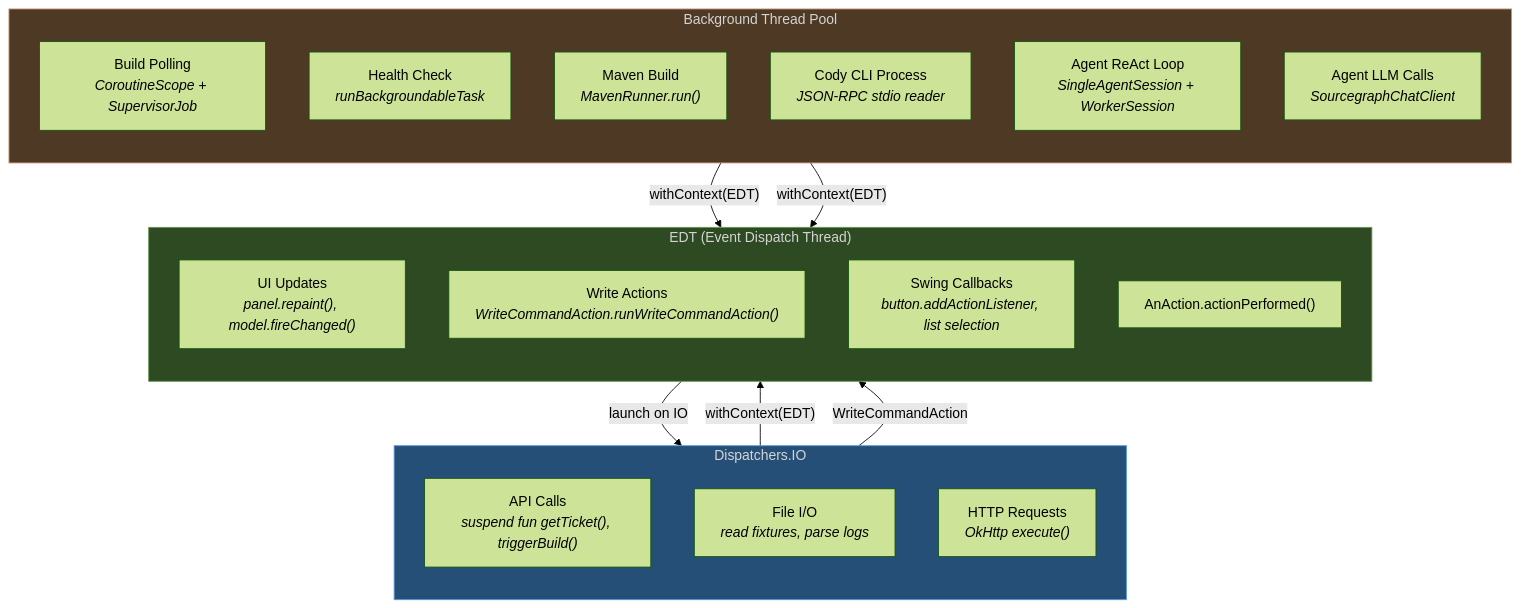
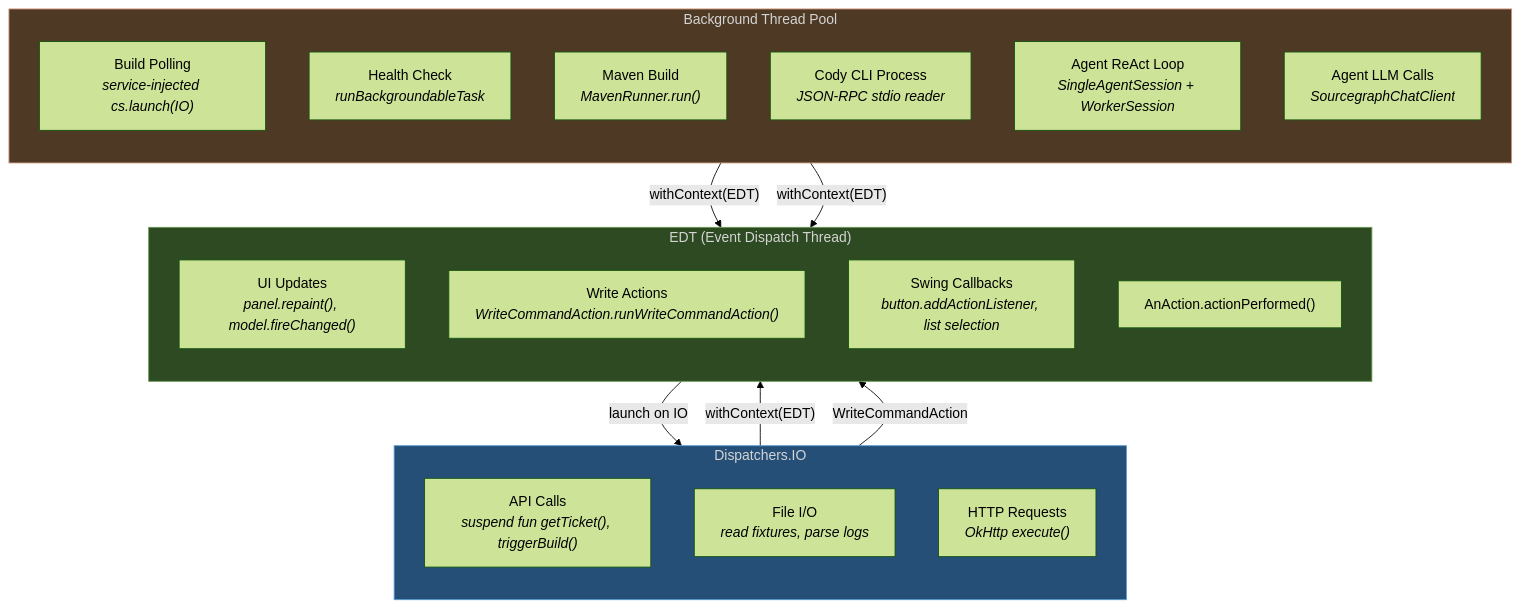
One commit to thenerdygeek/intellij-workflow-orchestrator changed the first of 2 diagrams in docs/architecture/threading-model.md. Above: the diagram before and after it, drawn with Mermaid (forest theme). The commit also changed other lines of this file and 1 other file, not shown here.

First line of the commit message:
docs(architecture): refresh threading-model + index.html for Phase 4 (P4-5)

````diff
--- a/docs/architecture/threading-model.md
+++ b/docs/architecture/threading-model.md
@@ -9,37 +9,37 @@
 ```mermaid
 flowchart TD
     subgraph EDT ["EDT (Event Dispatch Thread)"]
         direction TB
         UI_UPDATE["UI Updates<br/><i>panel.repaint(), model.fireChanged()</i>"]
         WRITE_ACTION["Write Actions<br/><i>WriteCommandAction.runWriteCommandAction()</i>"]
         SWING_CB["Swing Callbacks<br/><i>button.addActionListener, list selection</i>"]
         ACTION["AnAction.actionPerformed()"]
     end
 
     subgraph IO ["Dispatchers.IO"]
         direction TB
         API_CALL["API Calls<br/><i>suspend fun getTicket(), triggerBuild()</i>"]
         FILE_READ["File I/O<br/><i>read fixtures, parse logs</i>"]
         HTTP["HTTP Requests<br/><i>OkHttp execute()</i>"]
     end
 
     subgraph BG ["Background Thread Pool"]
         direction TB
-        POLLING["Build Polling<br/><i>CoroutineScope + SupervisorJob</i>"]
+        POLLING["Build Polling<br/><i>service-injected cs.launch(IO)</i>"]
         HEALTH["Health Check<br/><i>runBackgroundableTask</i>"]
         MAVEN_RUN["Maven Build<br/><i>MavenRunner.run()</i>"]
         CODY_AGENT["Cody CLI Process<br/><i>JSON-RPC stdio reader</i>"]
         AGENT_LOOP["Agent ReAct Loop<br/><i>SingleAgentSession + WorkerSession</i>"]
         AGENT_LLM["Agent LLM Calls<br/><i>SourcegraphChatClient</i>"]
     end
 
     ACTION -->|"launch on IO"| API_CALL
     API_CALL -->|"withContext(EDT)"| UI_UPDATE
     POLLING -->|"withContext(EDT)"| UI_UPDATE
     HEALTH -->|"withContext(EDT)"| UI_UPDATE
     API_CALL -->|"WriteCommandAction"| WRITE_ACTION
 
     style EDT fill:#2d4a22,stroke:#6a9955,color:#d4d4d4
     style IO fill:#264f78,stroke:#569cd6,color:#d4d4d4
     style BG fill:#4e3a24,stroke:#ce9178,color:#d4d4d4
 ```
````
